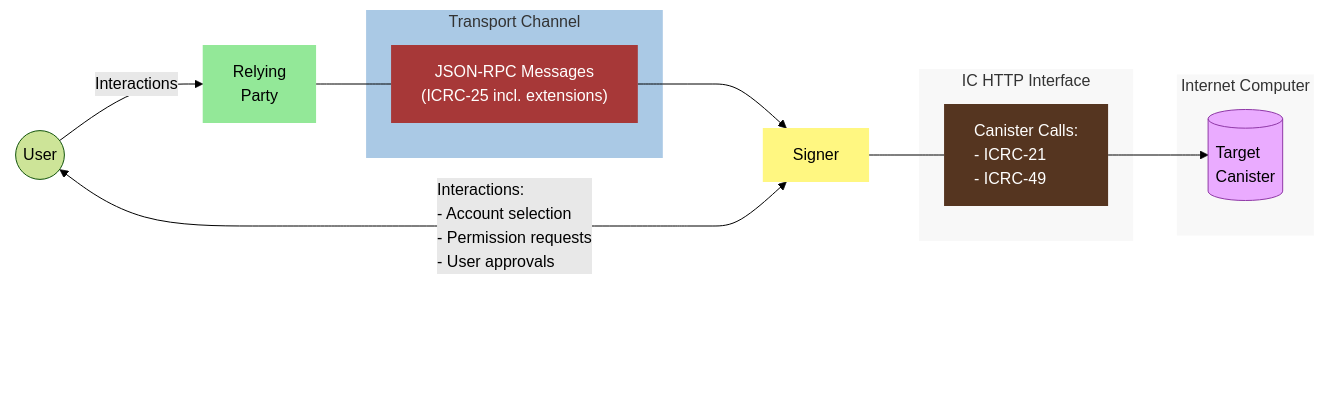
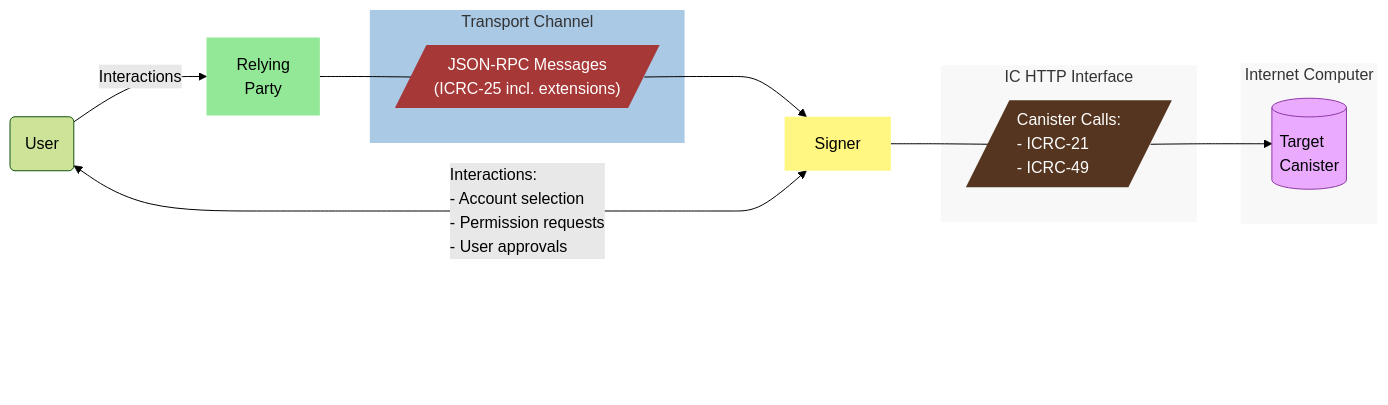
The diagram in topics/signer_standards_overview.md (dfinity/wg-identity-authentication), drawn with Mermaid (forest theme) before and after one commit.

Commit message:
Update shapes

````diff
--- a/topics/signer_standards_overview.md
+++ b/topics/signer_standards_overview.md
@@ -9,40 +9,40 @@
 ```mermaid
 graph LR
     RP[Relying<br>Party]
-    User((User))
+    User(User)
     Signer[Signer]
     Canister[(Target<br>Canister)]
-    Messages["JSON-RPC Messages<br>(ICRC-25 incl. extensions)"]
-    Calls[Canister Calls:<br>- ICRC-21<br>- ICRC-49]
+    Messages[/"JSON-RPC Messages<br>(ICRC-25 incl. extensions)"/]
+    Calls[/Canister Calls:<br>- ICRC-21<br>- ICRC-49/]
 
     subgraph Transport[Transport Channel]
         Messages
     end
 
     subgraph HTTP[IC HTTP Interface]
         Calls
     end
 
     subgraph IC[Internet Computer]
         Canister
     end
 
     RP --- Messages ---> Signer
     Signer --- Calls --> Canister
     User <-- Interactions:<br>- Account selection<br>- Permission requests<br>- User approvals --> Signer
     User -- Interactions --> RP
     
     %% Padding so that GitHub controls don't overlap graph
     BottomPadding["<br><br><br><br><br><br>"]
     
     style RP fill:#93e898,stroke:transparent,color:#000001
     style Transport fill:#025eb155,stroke:transparent
     style Messages fill:#a73838,stroke:transparent,color:#fffffe
     style Signer fill:#fff781,stroke:transparent,color:#000001
     style HTTP fill:#cccccc22,stroke:transparent
     style IC fill:#cccccc22,stroke:transparent
     style Calls fill:#553520,text-align:left,stroke:transparent,color:#fffffe
     style Canister fill:#eaabff,text-align:left,stroke:#8f38a7,color:#000001
     style BottomPadding fill:transparent,stroke:transparent
     linkStyle 4 text-align:left
 ```
````
